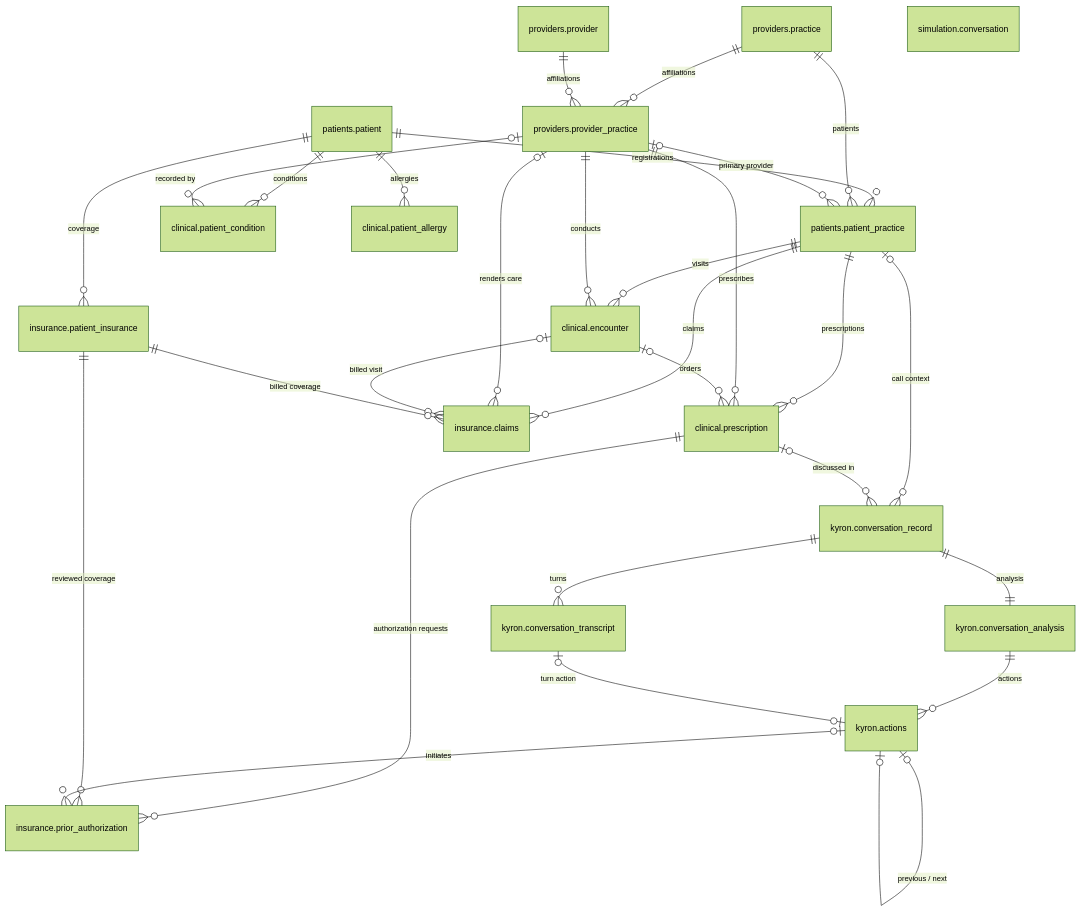
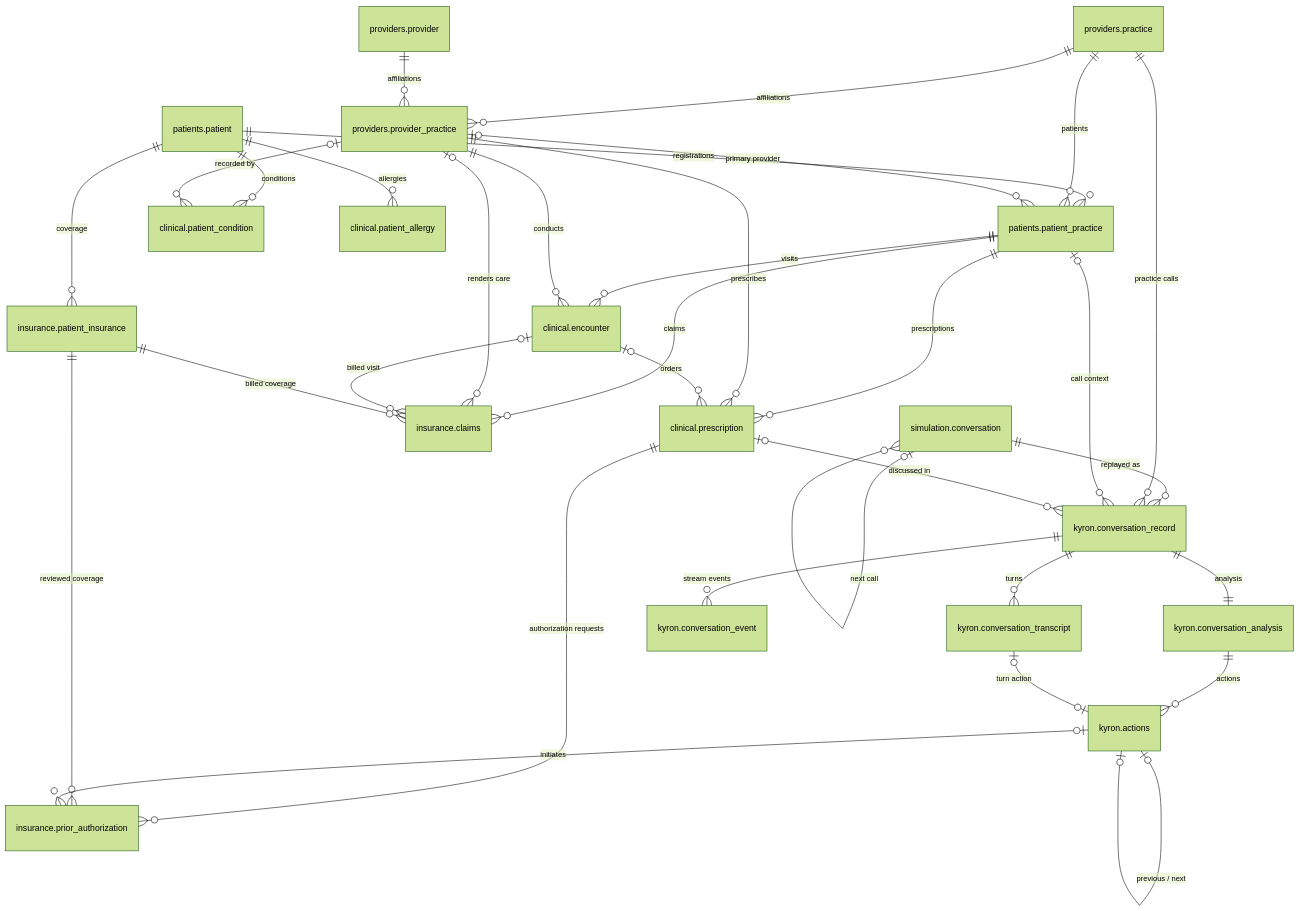
One commit to tjaung/kyron changed the first of 7 diagrams in README.md. Above: the diagram before and after it, drawn with Mermaid (forest theme). The commit also changed other lines of this file and 39 other files, not shown here.

````diff
--- a/README.md
+++ b/README.md
@@ -36,48 +48,53 @@
 ```mermaid
 erDiagram
     "kyron.conversation_record"
     "kyron.conversation_transcript"
     "kyron.conversation_analysis"
     "kyron.actions"
+    "kyron.conversation_event"
     "patients.patient"
     "patients.patient_practice"
     "providers.practice"
     "providers.provider"
     "providers.provider_practice"
     "clinical.patient_condition"
     "clinical.patient_allergy"
     "clinical.encounter"
     "clinical.prescription"
     "insurance.patient_insurance"
     "insurance.claims"
     "insurance.prior_authorization"
     "simulation.conversation"
+    "simulation.conversation" o|--o{ "simulation.conversation" : "next call"
+    "simulation.conversation" ||--o{ "kyron.conversation_record" : "replayed as"
+    "kyron.conversation_record" ||--o{ "kyron.conversation_event" : "stream events"
     "kyron.conversation_record" ||--o{ "kyron.conversation_transcript" : "turns"
     "kyron.conversation_record" ||--|| "kyron.conversation_analysis" : "analysis"
     "kyron.conversation_analysis" ||--o{ "kyron.actions" : "actions"
     "kyron.conversation_transcript" o|--o| "kyron.actions" : "turn action"
     "kyron.actions" o|--o| "kyron.actions" : "previous / next"
     "patients.patient" ||--o{ "patients.patient_practice" : "registrations"
     "providers.practice" ||--o{ "patients.patient_practice" : "patients"
+    "providers.practice" ||--o{ "kyron.conversation_record" : "practice calls"
     "providers.provider_practice" o|--o{ "patients.patient_practice" : "primary provider"
     "providers.practice" ||--o{ "providers.provider_practice" : "affiliations"
     "providers.provider" ||--o{ "providers.provider_practice" : "affiliations"
     "patients.patient" ||--o{ "clinical.patient_condition" : "conditions"
     "providers.provider_practice" o|--o{ "clinical.patient_condition" : "recorded by"
     "patients.patient" ||--o{ "clinical.patient_allergy" : "allergies"
     "patients.patient_practice" ||--o{ "clinical.encounter" : "visits"
     "providers.provider_practice" ||--o{ "clinical.encounter" : "conducts"
     "patients.patient_practice" ||--o{ "clinical.prescription" : "prescriptions"
     "providers.provider_practice" ||--o{ "clinical.prescription" : "prescribes"
     "clinical.encounter" o|--o{ "clinical.prescription" : "orders"
     "patients.patient" ||--o{ "insurance.patient_insurance" : "coverage"
     "patients.patient_practice" ||--o{ "insurance.claims" : "claims"
     "providers.provider_practice" o|--o{ "insurance.claims" : "renders care"
     "clinical.encounter" o|--o{ "insurance.claims" : "billed visit"
     "insurance.patient_insurance" ||--o{ "insurance.claims" : "billed coverage"
     "clinical.prescription" ||--o{ "insurance.prior_authorization" : "authorization requests"
     "insurance.patient_insurance" ||--o{ "insurance.prior_authorization" : "reviewed coverage"
     "kyron.actions" o|--o{ "insurance.prior_authorization" : "initiates"
     "patients.patient_practice" o|--o{ "kyron.conversation_record" : "call context"
     "clinical.prescription" o|--o{ "kyron.conversation_record" : "discussed in"
 ```
````
